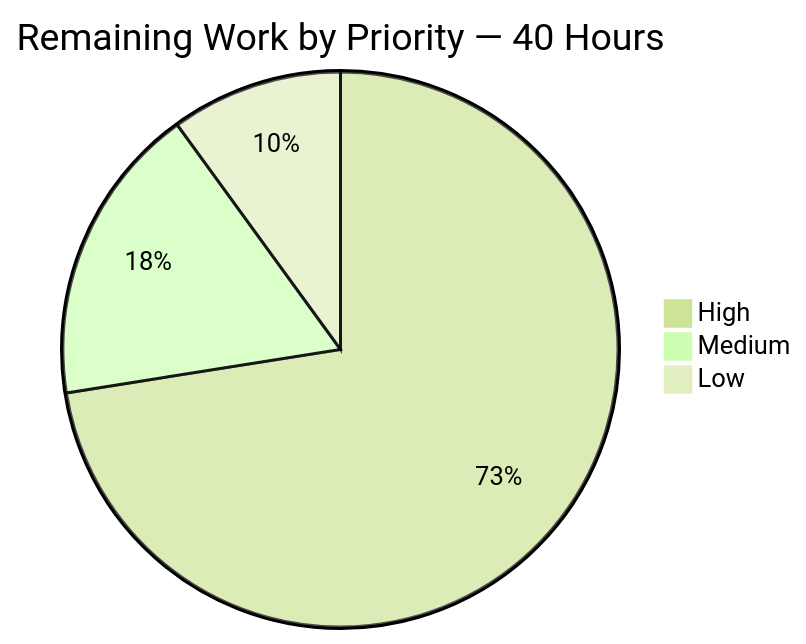
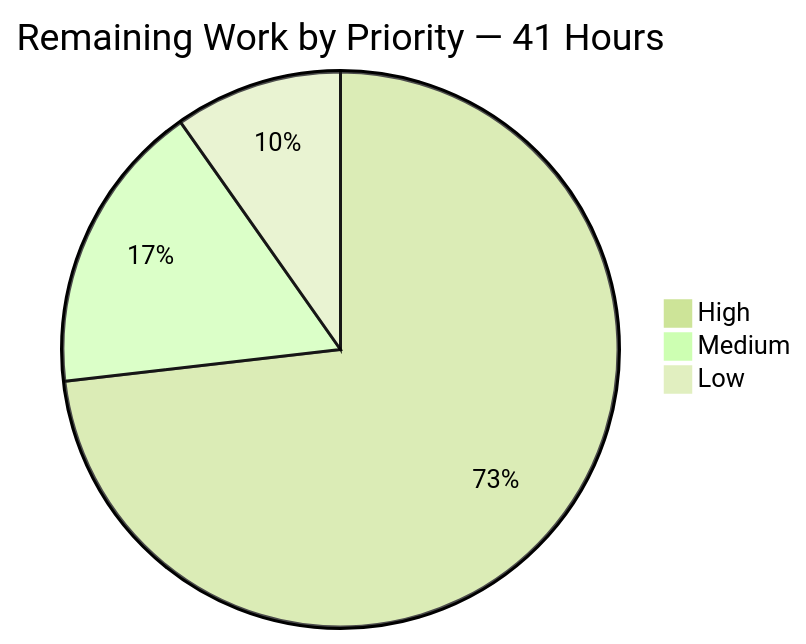
Before and after one commit to Tzadiko/monero: the fourth of 4 diagrams in blitzy/documentation/Project Guide.md, drawn with Mermaid (forest theme). The commit also changed other lines of this file, not shown here.

````diff
--- a/blitzy/documentation/Project Guide.md
+++ b/blitzy/documentation/Project Guide.md
@@ -1696,6 +1715,6 @@
 ```mermaid
-pie title Remaining Work by Priority — 40 Hours
-    "High" : 29
+pie title Remaining Work by Priority — 41 Hours
+    "High" : 30
     "Medium" : 7
     "Low" : 4
 ```
````
